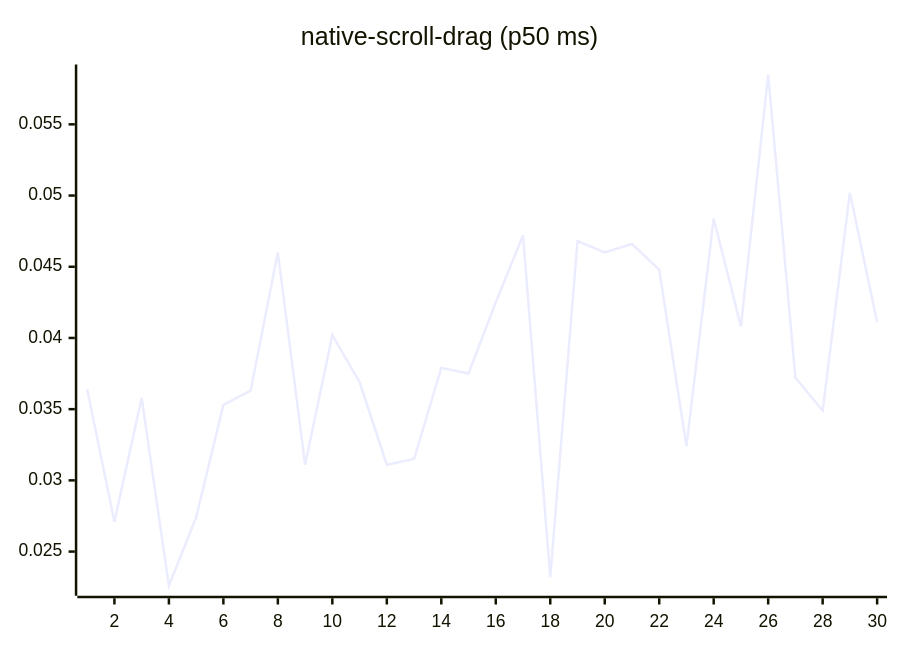
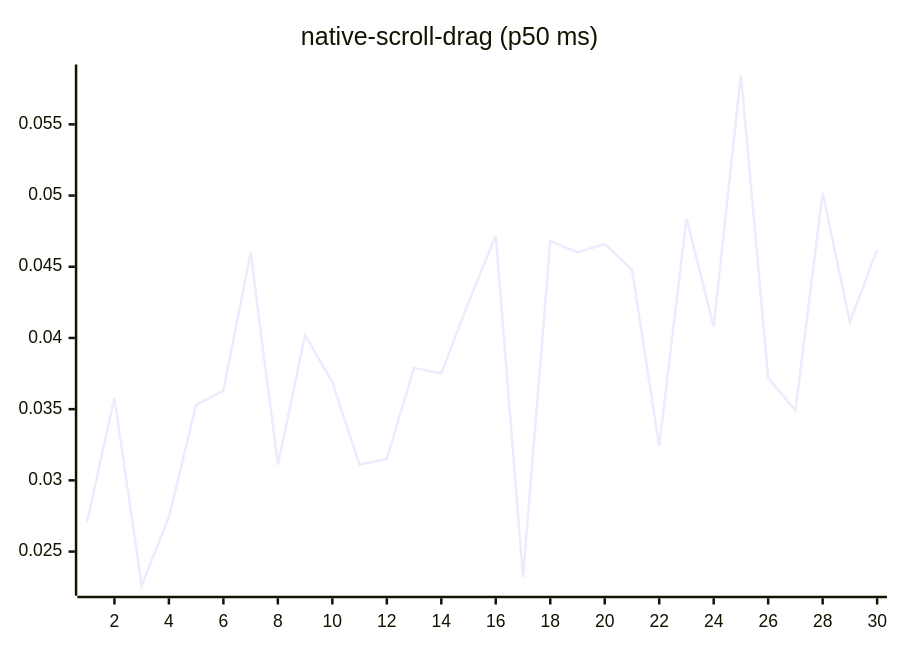
One commit to josha/Facet changed diagram 14 of 27 in README.md. Above: the diagram before and after it, drawn with Mermaid. The commit also changed other lines of this file and 2 other files, not shown here.

````diff
--- a/README.md
+++ b/README.md
@@ -154,6 +154,6 @@
 ```mermaid
 xychart-beta
     title "native-scroll-drag (p50 ms)"
     x-axis 1 --> 30
-    line [0.0364, 0.0271, 0.0358, 0.0226, 0.0274, 0.0353, 0.0363, 0.0460, 0.0311, 0.0402, 0.0369, 0.0311, 0.0315, 0.0379, 0.0375, 0.0425, 0.0472, 0.0232, 0.0468, 0.0460, 0.0466, 0.0448, 0.0324, 0.0484, 0.0408, 0.0585, 0.0372, 0.0349, 0.0502, 0.0411]
+    line [0.0271, 0.0358, 0.0226, 0.0274, 0.0353, 0.0363, 0.0460, 0.0311, 0.0402, 0.0369, 0.0311, 0.0315, 0.0379, 0.0375, 0.0425, 0.0472, 0.0232, 0.0468, 0.0460, 0.0466, 0.0448, 0.0324, 0.0484, 0.0408, 0.0585, 0.0372, 0.0349, 0.0502, 0.0411, 0.0462]
 ```
````
